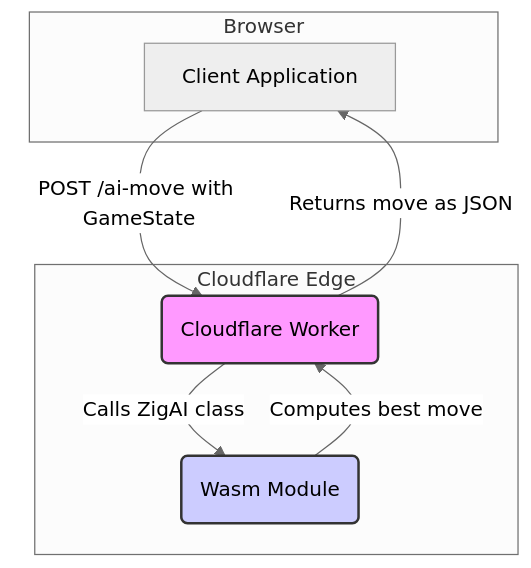
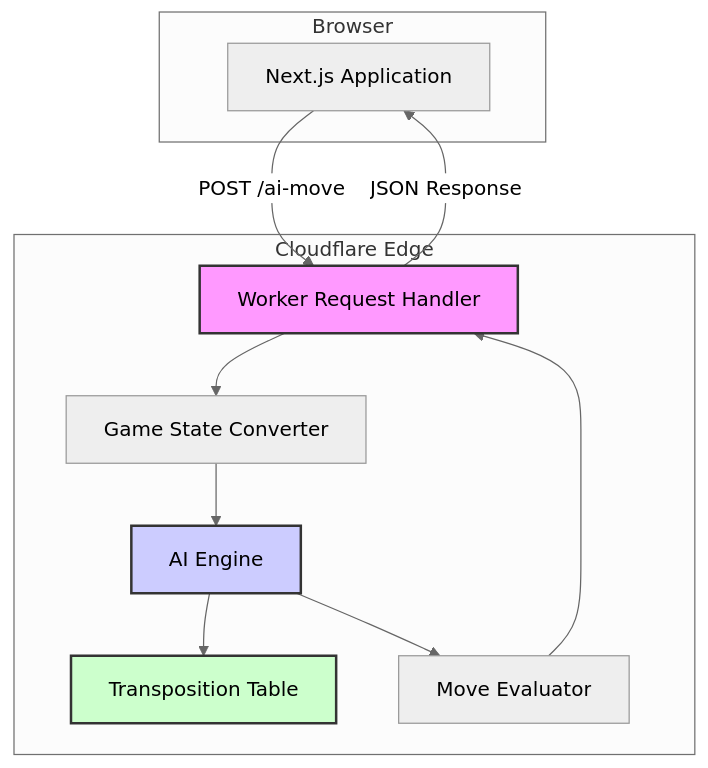
The diagram in docs/cloudflare-worker.md (tre-systems/rgou-cloudflare), drawn with Mermaid (neutral theme) before and after one commit. The commit also changed other lines of this file and 4 other files, not shown here.

````diff
--- a/docs/cloudflare-worker.md
+++ b/docs/cloudflare-worker.md
@@ -35,19 +35,26 @@
 ```mermaid
 graph TD
     subgraph Browser
-        A[Client Application]
+        A[Next.js Application]
     end
 
     subgraph Cloudflare Edge
-        B(Cloudflare Worker)
-        C(Wasm Module)
+        B[Worker Request Handler]
+        C[Game State Converter]
+        D[AI Engine]
+        E[Transposition Table]
+        F[Move Evaluator]
     end
 
-    A -- POST /ai-move with GameState --> B
-    B -- Calls ZigAI class --> C
-    C -- Computes best move --> B
-    B -- Returns move as JSON --> A
+    A -- POST /ai-move --> B
+    B --> C
+    C --> D
+    D --> E
+    D --> F
+    F --> B
+    B -- JSON Response --> A
 
     style B fill:#f9f,stroke:#333,stroke-width:2px
-    style C fill:#ccf,stroke:#333,stroke-width:2px
+    style D fill:#ccf,stroke:#333,stroke-width:2px
+    style E fill:#cfc,stroke:#333,stroke-width:2px
 ```
````
